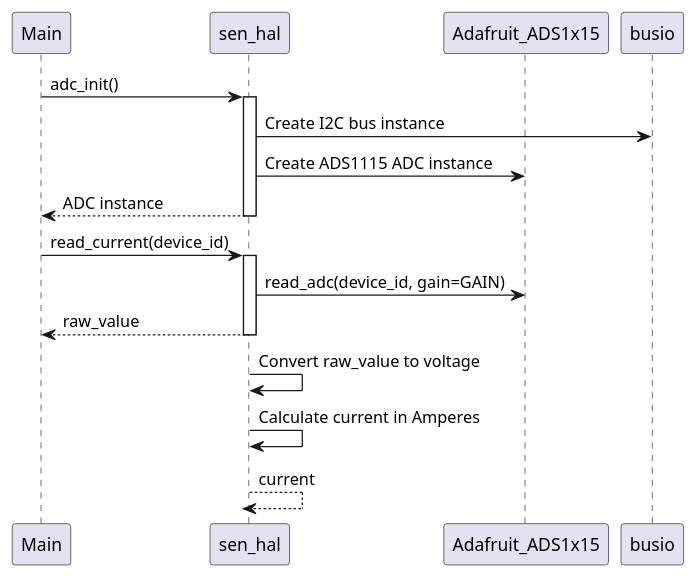
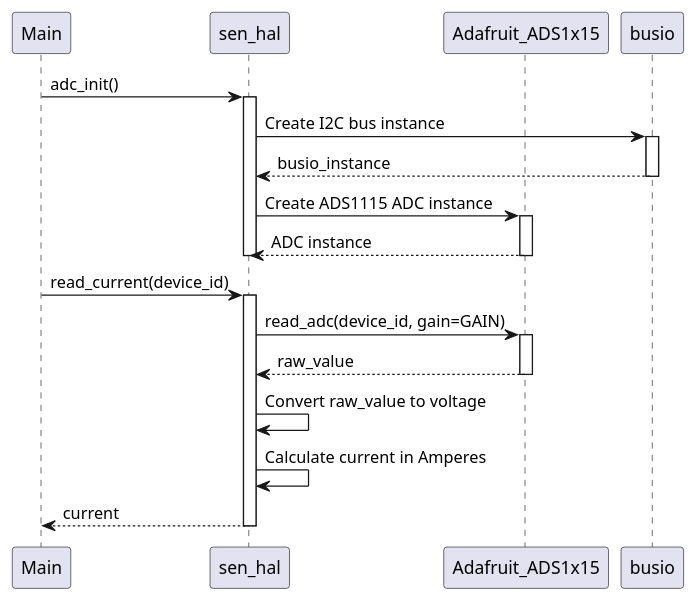
The diagram in design/sens_hal.puml (shawsuraj203/smart_home), drawn with PlantUML before and after one commit. The commit also changed 10 other files, not shown here.

Commit message:
uml updates.

```diff
--- a/design/sens_hal.puml
+++ b/design/sens_hal.puml
@@ -1,22 +1,28 @@
 @startuml
 participant Main
 participant sen_hal
 participant Adafruit_ADS1x15
 participant busio
 
 Main -> sen_hal: adc_init()
 activate sen_hal
 sen_hal -> busio: Create I2C bus instance
+activate busio
+return busio_instance
+deactivate busio
 sen_hal -> Adafruit_ADS1x15: Create ADS1115 ADC instance
+activate Adafruit_ADS1x15
 return ADC instance
+deactivate Adafruit_ADS1x15
 deactivate sen_hal
 
 Main -> sen_hal: read_current(device_id)
 activate sen_hal
 sen_hal -> Adafruit_ADS1x15: read_adc(device_id, gain=GAIN)
+activate Adafruit_ADS1x15
 return raw_value
 sen_hal -> sen_hal: Convert raw_value to voltage
 sen_hal -> sen_hal: Calculate current in Amperes
 return current
 deactivate sen_hal
 @enduml
```
